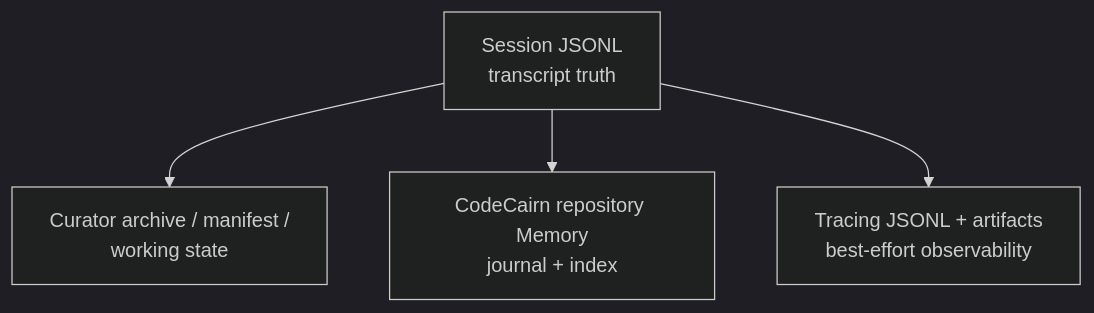
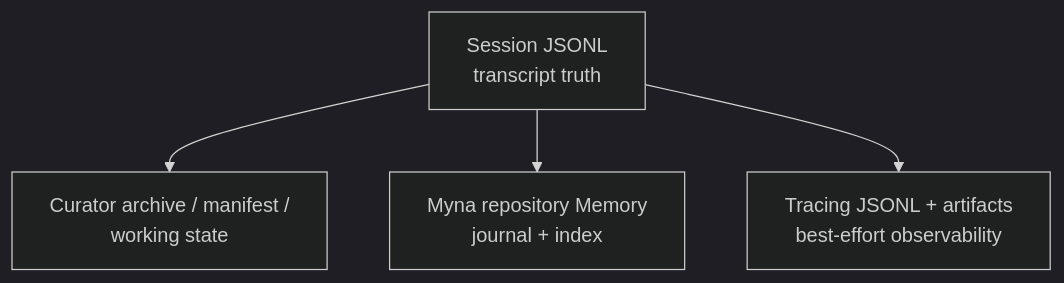
Before and after one commit to Hackerismydream/pico: the diagram in docs/architecture/state-and-intelligence.md, drawn with Mermaid (dark theme). The commit also changed other lines of this file and 115 other files, not shown here.

````diff
--- a/docs/architecture/state-and-intelligence.md
+++ b/docs/architecture/state-and-intelligence.md
@@ -304,11 +307,11 @@
 ```mermaid
 flowchart TD
     SESSION["Session JSONL\ntranscript truth"]
     CURATOR["Curator archive / manifest /\nworking state"]
-    CODECAIRN["CodeCairn repository Memory\njournal + index"]
+    MYNA["Myna repository Memory\njournal + index"]
     TRACE["Tracing JSONL + artifacts\nbest-effort observability"]
 
     SESSION --> CURATOR
-    SESSION --> CODECAIRN
+    SESSION --> MYNA
     SESSION --> TRACE
 ```
````
